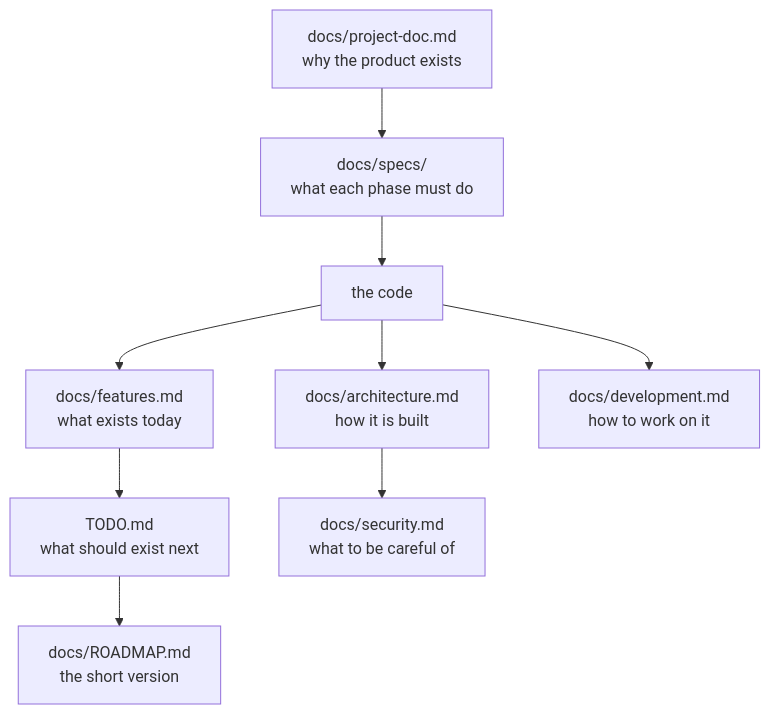
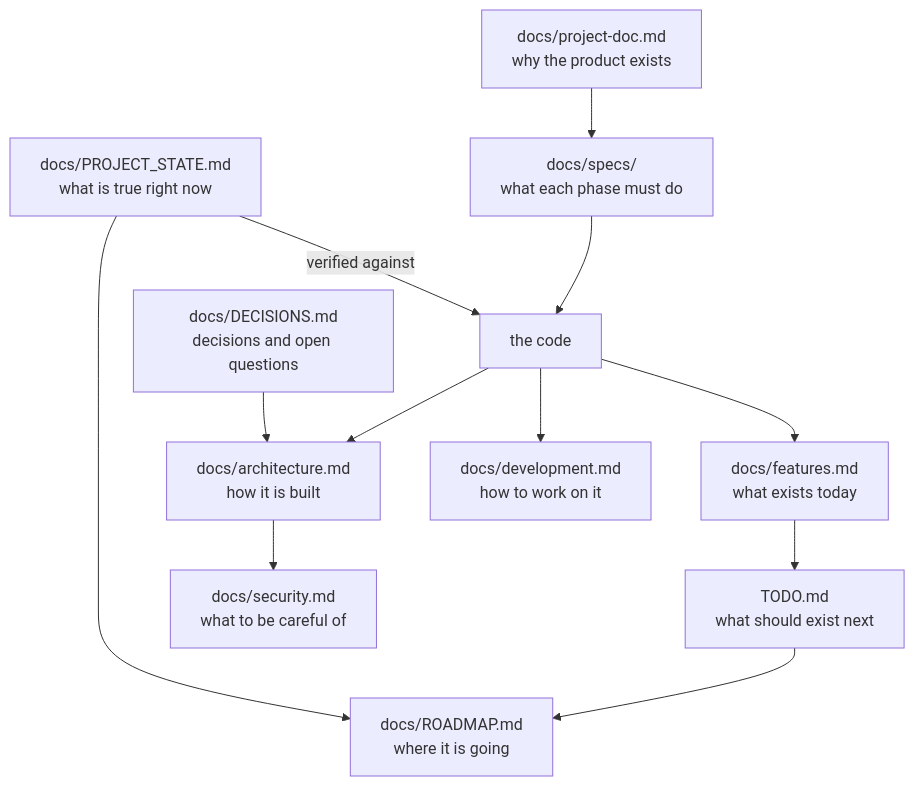
One commit to ravirraj/anatomy changed the diagram in docs/README.md. Above: the diagram before and after it, drawn with Mermaid. The commit also changed other lines of this file and 26 other files, not shown here.

````diff
--- a/docs/README.md
+++ b/docs/README.md
@@ -26,19 +45,24 @@
 ```mermaid
 flowchart TB
   DOC["docs/project-doc.md<br/>why the product exists"]
   SPEC["docs/specs/<br/>what each phase must do"]
   CODE["the code"]
   ARCH["docs/architecture.md<br/>how it is built"]
   FEAT["docs/features.md<br/>what exists today"]
   TODO["TODO.md<br/>what should exist next"]
-  ROAD["docs/ROADMAP.md<br/>the short version"]
+  ROAD["docs/ROADMAP.md<br/>where it is going"]
   SEC["docs/security.md<br/>what to be careful of"]
   DEV["docs/development.md<br/>how to work on it"]
+  STATE["docs/PROJECT_STATE.md<br/>what is true right now"]
+  DEC["docs/DECISIONS.md<br/>decisions and open questions"]
 
   DOC --> SPEC --> CODE
   CODE --> ARCH
   CODE --> FEAT
   FEAT --> TODO --> ROAD
   ARCH --> SEC
   CODE --> DEV
+  STATE -->|verified against| CODE
+  STATE --> ROAD
+  DEC --> ARCH
 ```
````
